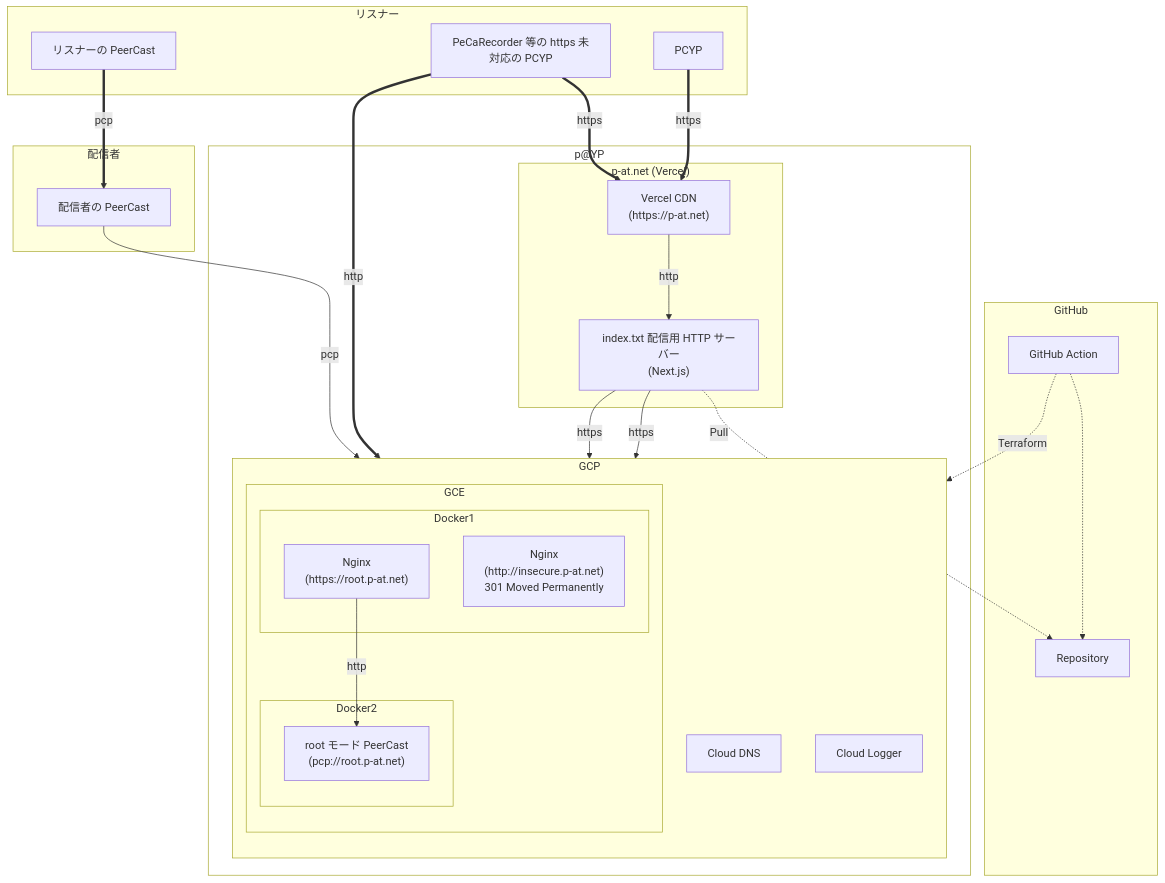
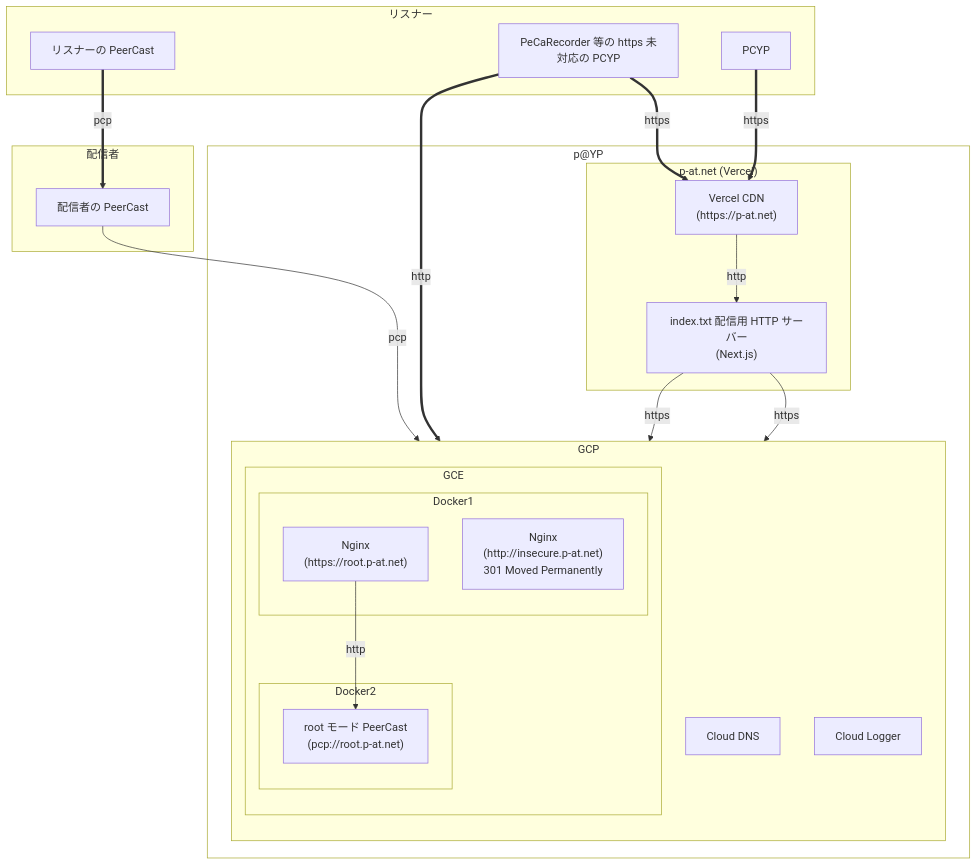
Before and after one commit to progre/pp: the first of 2 diagrams in README.md, drawn with Mermaid.

Commit message:
doc: remove GitHub action references from server

````diff
--- a/README.md
+++ b/README.md
@@ -3,54 +3,46 @@
 ```mermaid
 flowchart TD
 
 subgraph "リスナー"
   listener
   browser
   pecareco
 end
 
 subgraph "配信者"
   broadcaster
-end
-
-subgraph "GitHub"
-  Repository
-  gha -.-> Repository
 end
 
 style pat fill:#0000
 subgraph pat["p@YP"]
   subgraph vercel["p-at.net (Vercel)"]
     isr["Vercel CDN<br>(https://p-at.net)"]
     www["index.txt 配信用 HTTP サーバー<br>(Next.js)"]
   end
 
   subgraph GCP
     direction TB
     subgraph GCE
       subgraph docker1["Docker1"]
         nginxinsecure["Nginx<br>(http://insecure.p-at.net)<br>301 Moved Permanently"]
         nginxroot["Nginx<br>(https://root.p-at.net)"]
       end
       subgraph docker2["Docker2"]
         root["root モード PeerCast<br>(pcp://root.p-at.net)"];
       end
     end
     dns["Cloud DNS"]
     logger["Cloud Logger"]
   end
 end
 
 listener["リスナーの PeerCast"]==pcp==>broadcaster
 broadcaster["配信者の PeerCast"]--pcp-->root
 pecareco["PeCaRecorder 等の https 未対応の PCYP"]==http==>nginxinsecure
 pecareco==https==>isr
 browser["PCYP"]==https==>isr
 isr--http-->www;
 www--https-->logger
 www--https-->nginxroot;
 nginxroot--http-->root;
-
-gha["GitHub Action"] -."Terraform".-> GCP
-www -.Pull.-> Repository
 ```
````
